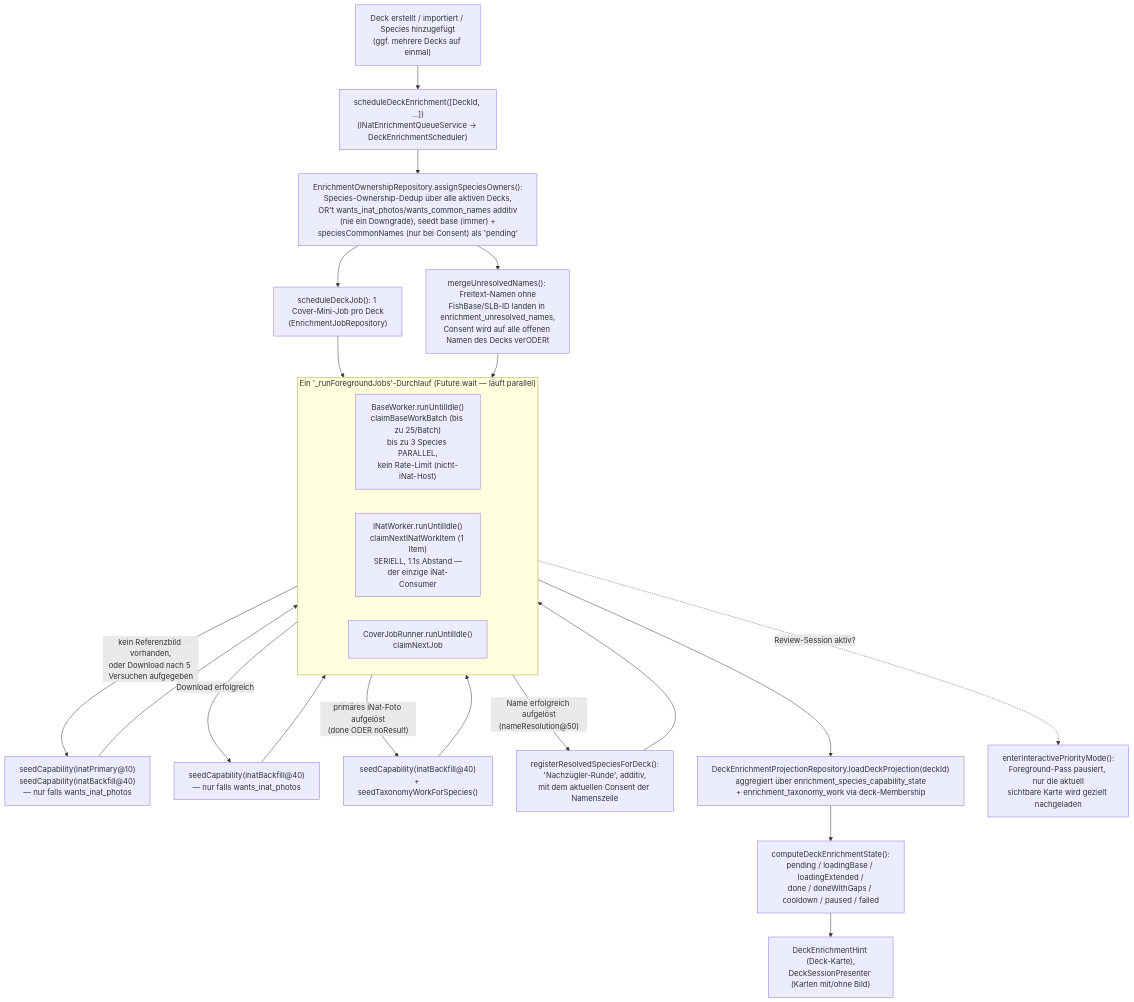
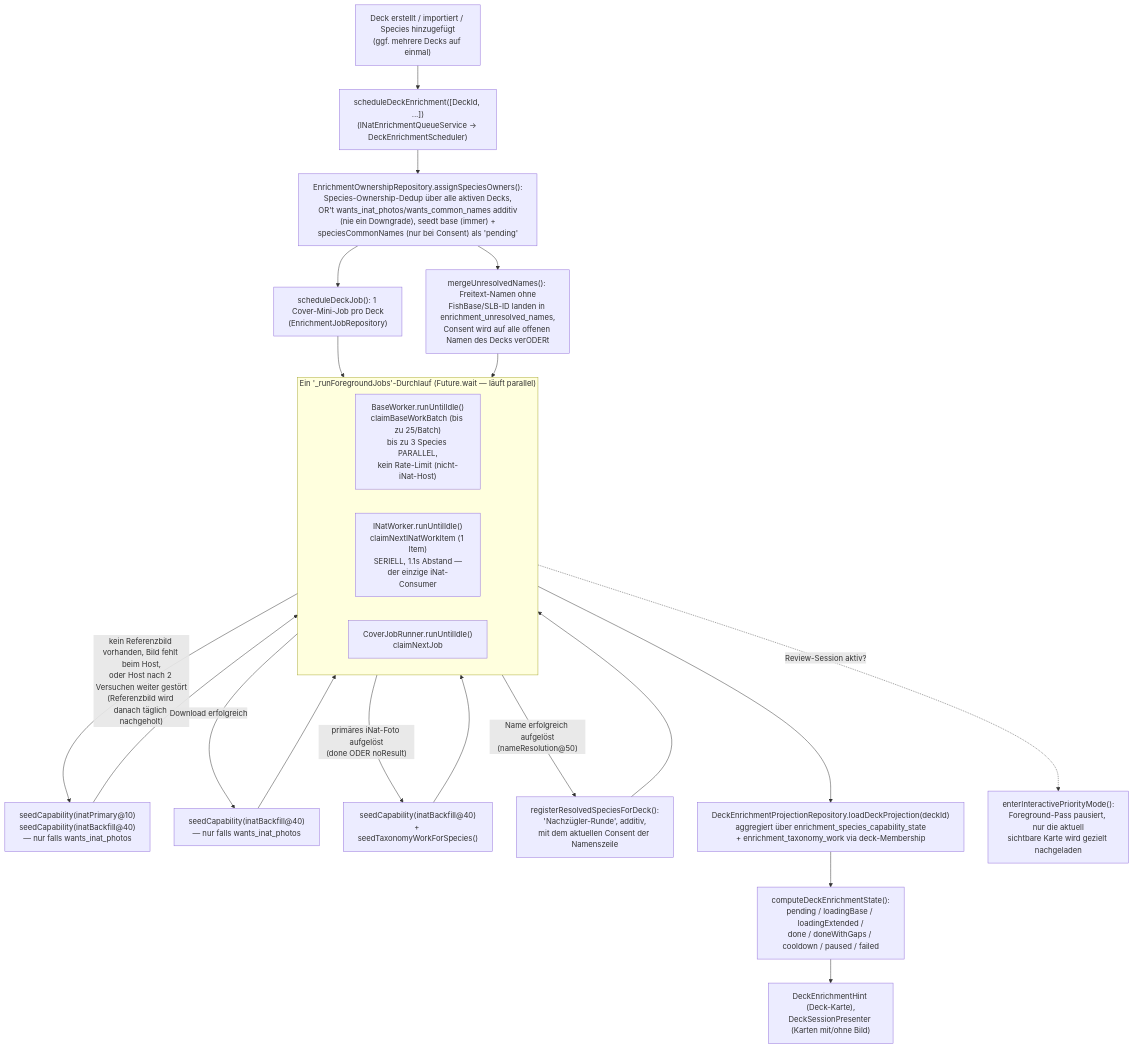
One commit to discere-app/discere changed the first of 5 diagrams in docs/enrichment.md. Above: the diagram before and after it, drawn with Mermaid. The commit also changed other lines of this file and 2 other files, not shown here.

First line of the commit message:
Doku: Referenzbild-Wiederholung, Ersatz-Host und Ausweich-Statistik

````diff
--- a/docs/enrichment.md
+++ b/docs/enrichment.md
@@ -19,33 +19,33 @@
 ```mermaid
 flowchart TD
     A["Deck erstellt / importiert / Species hinzugefügt<br/>(ggf. mehrere Decks auf einmal)"] --> B["scheduleDeckEnrichment([DeckId, ...])<br/>(INatEnrichmentQueueService → DeckEnrichmentScheduler)"]
     B --> OWN["EnrichmentOwnershipRepository.assignSpeciesOwners():<br/>Species-Ownership-Dedup über alle aktiven Decks,<br/>OR't wants_inat_photos/wants_common_names additiv<br/>(nie ein Downgrade), seedt base (immer) +<br/>speciesCommonNames (nur bei Consent) als 'pending'"]
     OWN --> COVER["scheduleDeckJob(): 1 Cover-Mini-Job pro Deck<br/>(EnrichmentJobRepository)"]
     OWN --> UNRES["mergeUnresolvedNames(): Freitext-Namen ohne<br/>FishBase/SLB-ID landen in enrichment_unresolved_names,<br/>Consent wird auf alle offenen Namen des Decks verODERt"]
 
     subgraph PASS ["Ein '_runForegroundJobs'-Durchlauf (Future.wait — läuft parallel)"]
         direction LR
         BW["BaseWorker.runUntilIdle()<br/>claimBaseWorkBatch (bis zu 25/Batch)<br/>bis zu 3 Species PARALLEL,<br/>kein Rate-Limit (nicht-iNat-Host)"]
         IW["INatWorker.runUntilIdle()<br/>claimNextINatWorkItem (1 Item)<br/>SERIELL, 1.1s Abstand —<br/>der einzige iNat-Consumer"]
         CJ["CoverJobRunner.runUntilIdle()<br/>claimNextJob"]
     end
 
     COVER --> PASS
     UNRES --> PASS
 
-    BW -->|"kein Referenzbild vorhanden,<br/>oder Download nach 5 Versuchen aufgegeben"| SEED1["seedCapability(inatPrimary@10)<br/>seedCapability(inatBackfill@40)<br/>— nur falls wants_inat_photos"]
+    BW -->|"kein Referenzbild vorhanden, Bild fehlt beim Host,<br/>oder Host nach 2 Versuchen weiter gestört<br/>(Referenzbild wird danach täglich nachgeholt)"| SEED1["seedCapability(inatPrimary@10)<br/>seedCapability(inatBackfill@40)<br/>— nur falls wants_inat_photos"]
     BW -->|"Download erfolgreich"| SEED2["seedCapability(inatBackfill@40)<br/>— nur falls wants_inat_photos"]
     SEED1 --> IW
     SEED2 --> IW
 
     IW -->|"primäres iNat-Foto aufgelöst<br/>(done ODER noResult)"| SEED3["seedCapability(inatBackfill@40)<br/>+ seedTaxonomyWorkForSpecies()"]
     IW -->|"Name erfolgreich aufgelöst<br/>(nameResolution@50)"| STRAG["registerResolvedSpeciesForDeck():<br/>'Nachzügler-Runde', additiv,<br/>mit dem aktuellen Consent der Namenszeile"]
     SEED3 --> IW
     STRAG --> IW
 
     PASS --> PROJ["DeckEnrichmentProjectionRepository.loadDeckProjection(deckId)<br/>aggregiert über enrichment_species_capability_state<br/>+ enrichment_taxonomy_work via deck-Membership"]
     PROJ --> STATE["computeDeckEnrichmentState():<br/>pending / loadingBase / loadingExtended /<br/>done / doneWithGaps / cooldown / paused / failed"]
     STATE --> UI["DeckEnrichmentHint (Deck-Karte),<br/>DeckSessionPresenter (Karten mit/ohne Bild)"]
 
     PASS -.->|"Review-Session aktiv?"| INT["enterInteractivePriorityMode():<br/>Foreground-Pass pausiert, nur die aktuell<br/>sichtbare Karte wird gezielt nachgeladen"]
 ```
````
